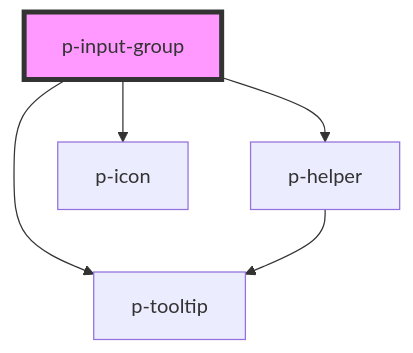
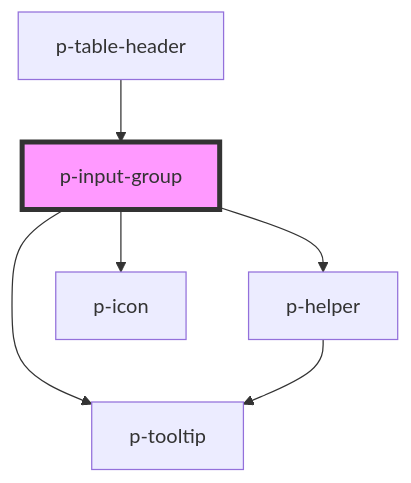
One commit to Employes/paperless changed the diagram in packages/core/src/components/molecules/input-group/readme.md. Above: the diagram before and after it, drawn with Mermaid. The commit also changed other lines of this file and 4 other files, not shown here.

Commit message:
feat(Molecules/Input Group): Add size property

````diff
--- a/packages/core/src/components/molecules/input-group/readme.md
+++ b/packages/core/src/components/molecules/input-group/readme.md
@@ -33,8 +38,9 @@
 ```mermaid
 graph TD;
   p-input-group --> p-helper
   p-input-group --> p-icon
   p-input-group --> p-tooltip
   p-helper --> p-tooltip
+  p-table-header --> p-input-group
   style p-input-group fill:#f9f,stroke:#333,stroke-width:4px
 ```
````
